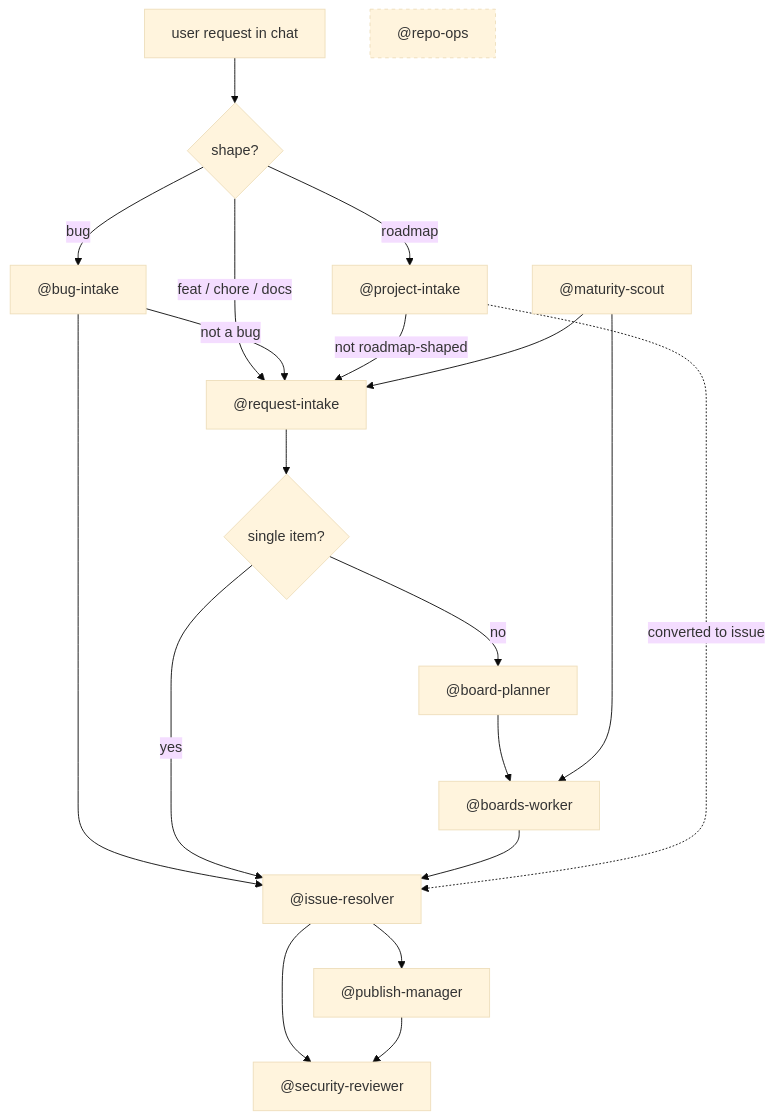
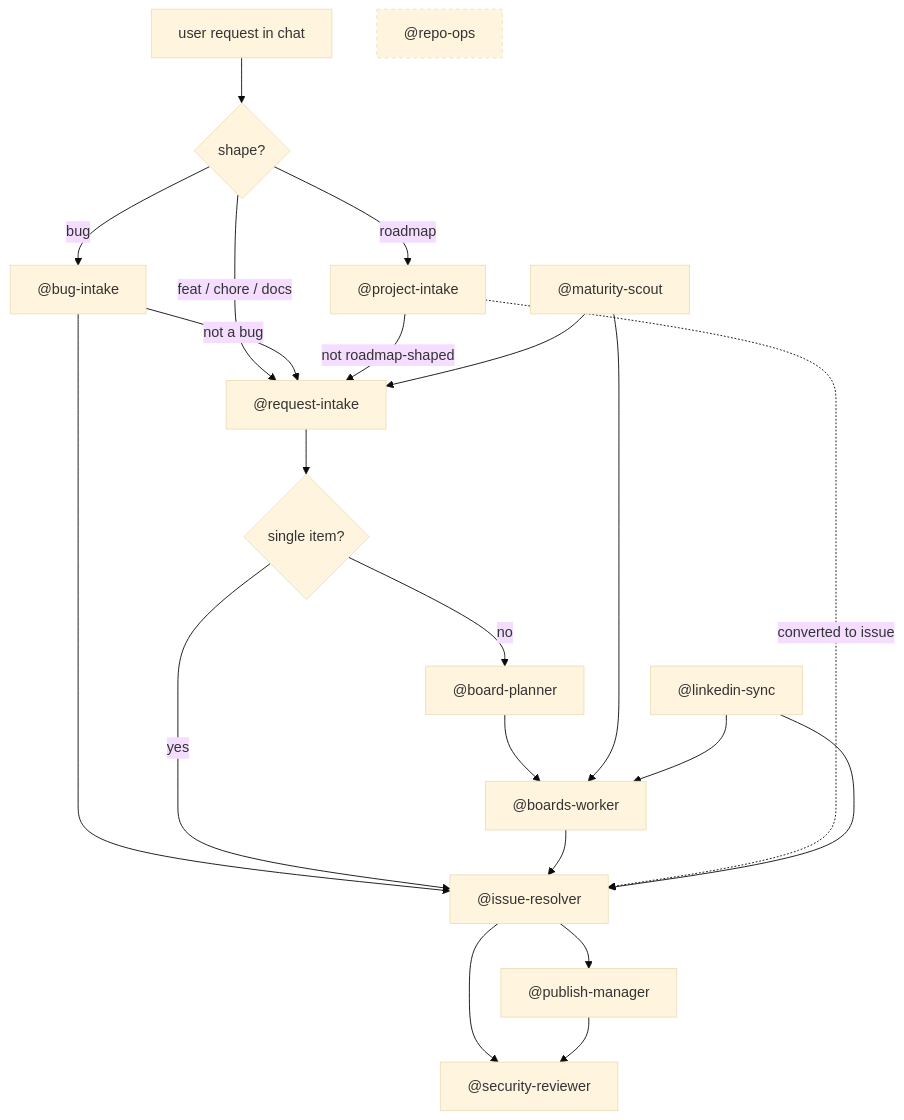
Before and after one commit to marcusjacobson/portfolio: the diagram in wiki/Agents.md, drawn with Mermaid (base theme). The commit also changed other lines of this file and 3 other files, not shown here.

First line of the commit message:
docs: document @linkedin-sync agent in wiki and README (#165)

````diff
--- a/wiki/Agents.md
+++ b/wiki/Agents.md
@@ -31,31 +32,34 @@
 ```mermaid
 flowchart TD
     user[user request in chat]
     user --> intake{shape?}
 
     intake -- bug --> bug["@bug-intake"]
     intake -- roadmap --> proj["@project-intake"]
     intake -- feat / chore / docs --> req["@request-intake"]
 
     bug -- not a bug --> req
     proj -- not roadmap-shaped --> req
 
     bug --> resolver
     req --> single{single item?}
     single -- yes --> resolver["@issue-resolver"]
     single -- no --> planner["@board-planner"]
     planner --> worker["@boards-worker"]
     worker --> resolver
 
     proj -. converted to issue .-> resolver
 
     resolver --> review["@security-reviewer"]
     resolver --> publish["@publish-manager"]
     publish --> review
 
     scout["@maturity-scout"] --> req
     scout --> worker
 
+    linkedin["@linkedin-sync"] --> resolver
+    linkedin --> worker
+
     ops["@repo-ops"]:::side
     classDef side stroke-dasharray: 4 4
 ```
````
